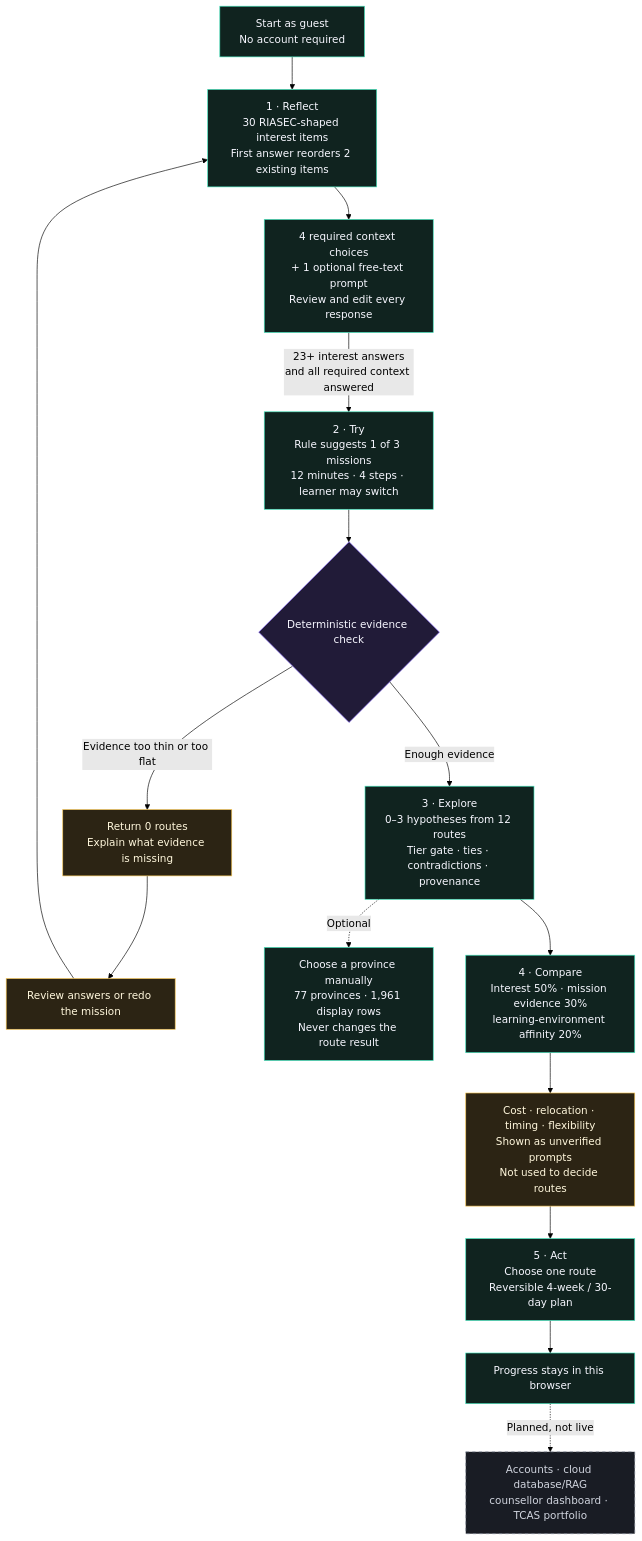
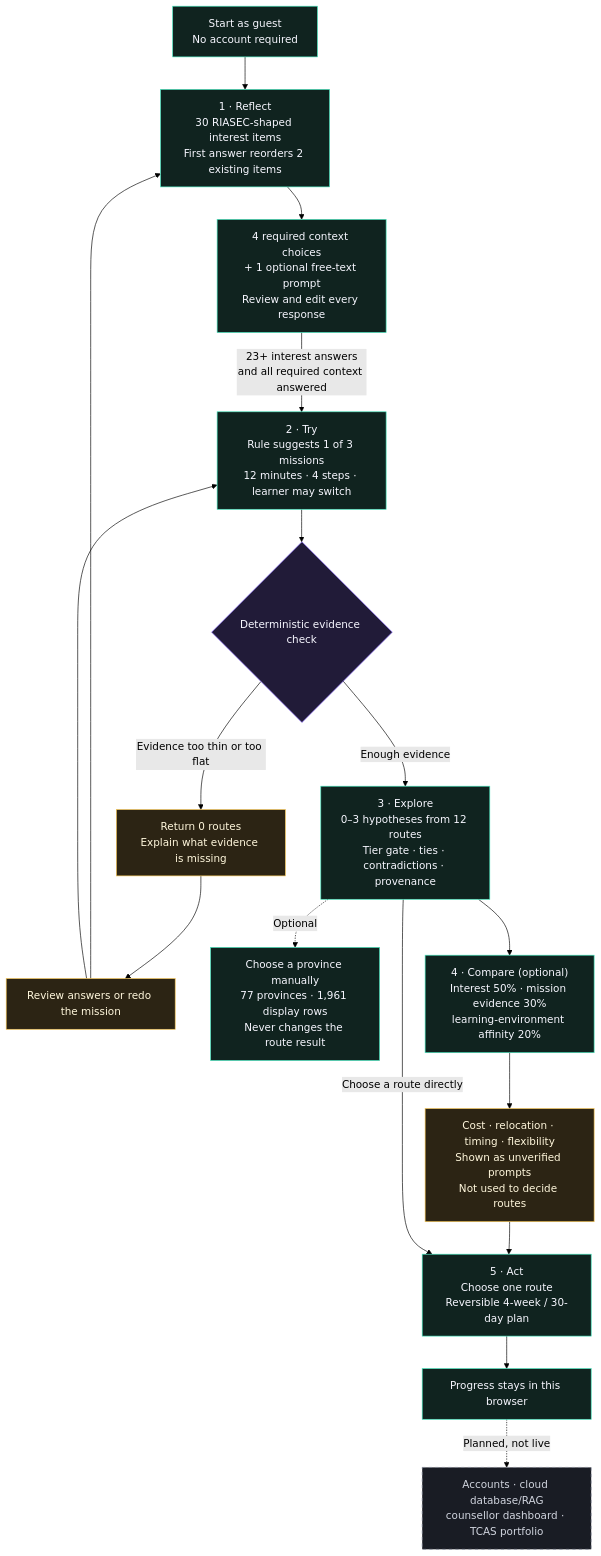
One commit to Pongkarm/Future_Me changed the second of 2 diagrams in README.md. Above: the diagram before and after it, drawn with Mermaid (forest theme). The commit also changed 3 other files, not shown here.

Commit message:
docs: correct optional compare path

````diff
--- a/README.md
+++ b/README.md
@@ -109,26 +109,28 @@
 ```mermaid
 flowchart TD
     A["Start as guest<br/>No account required"] --> B["1 · Reflect<br/>30 RIASEC-shaped interest items<br/>First answer reorders 2 existing items"]
     B --> C["4 required context choices<br/>+ 1 optional free-text prompt<br/>Review and edit every response"]
     C -->|"23+ interest answers<br/>and all required context answered"| D["2 · Try<br/>Rule suggests 1 of 3 missions<br/>12 minutes · 4 steps · learner may switch"]
     D --> E{"Deterministic evidence check"}
     E -->|"Evidence too thin or too flat"| F["Return 0 routes<br/>Explain what evidence is missing"]
     F --> G["Review answers or redo the mission"]
     G --> B
+    G --> D
     E -->|"Enough evidence"| H["3 · Explore<br/>0–3 hypotheses from 12 routes<br/>Tier gate · ties · contradictions · provenance"]
     H -. "Optional" .-> N["Choose a province manually<br/>77 provinces · 1,961 display rows<br/>Never changes the route result"]
-    H --> I["4 · Compare<br/>Interest 50% · mission evidence 30%<br/>learning-environment affinity 20%"]
+    H --> I["4 · Compare (optional)<br/>Interest 50% · mission evidence 30%<br/>learning-environment affinity 20%"]
     I --> J["Cost · relocation · timing · flexibility<br/>Shown as unverified prompts<br/>Not used to decide routes"]
     J --> K["5 · Act<br/>Choose one route<br/>Reversible 4-week / 30-day plan"]
+    H -->|"Choose a route directly"| K
     K --> L["Progress stays in this browser"]
     L -. "Planned, not live" .-> P["Accounts · cloud database/RAG<br/>counsellor dashboard · TCAS portfolio"]
 
     classDef live fill:#10231f,stroke:#43e6bd,color:#f7f7ff;
     classDef gate fill:#211b38,stroke:#8b6cff,color:#f7f7ff;
     classDef caution fill:#2c2414,stroke:#f5c451,color:#fff7dc;
     classDef planned fill:#191c24,stroke:#808898,color:#d0d4de,stroke-dasharray:5 5;
     class A,B,C,D,H,N,I,K,L live;
     class E gate;
     class F,G,J caution;
     class P planned;
 ```
````
